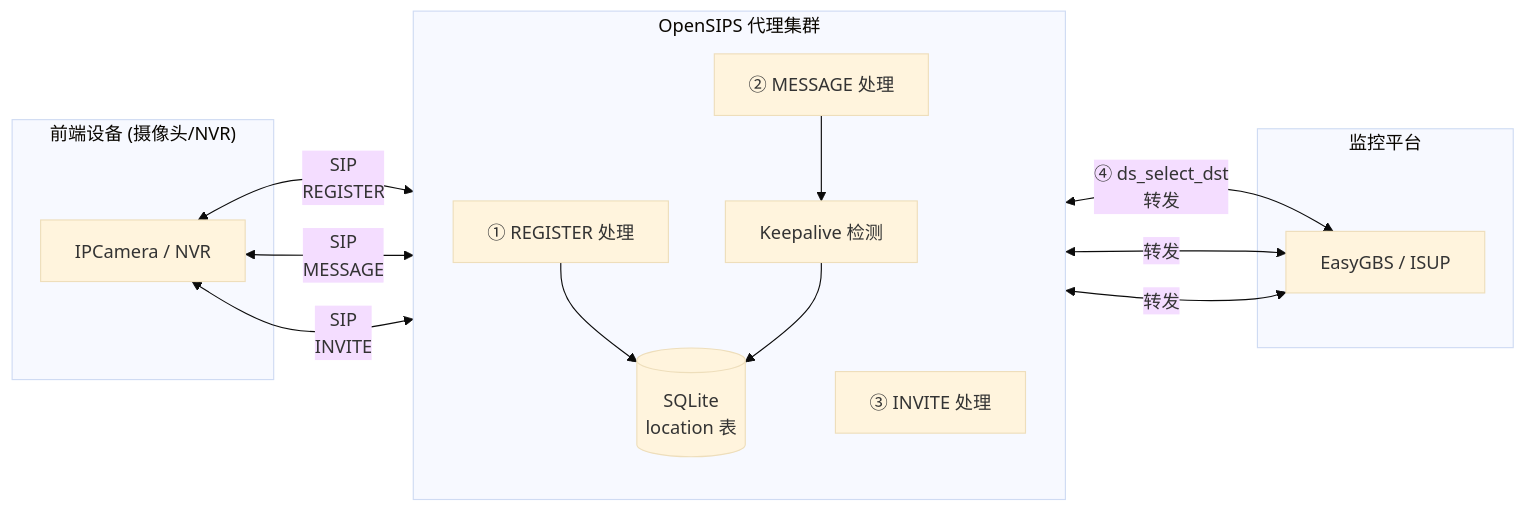
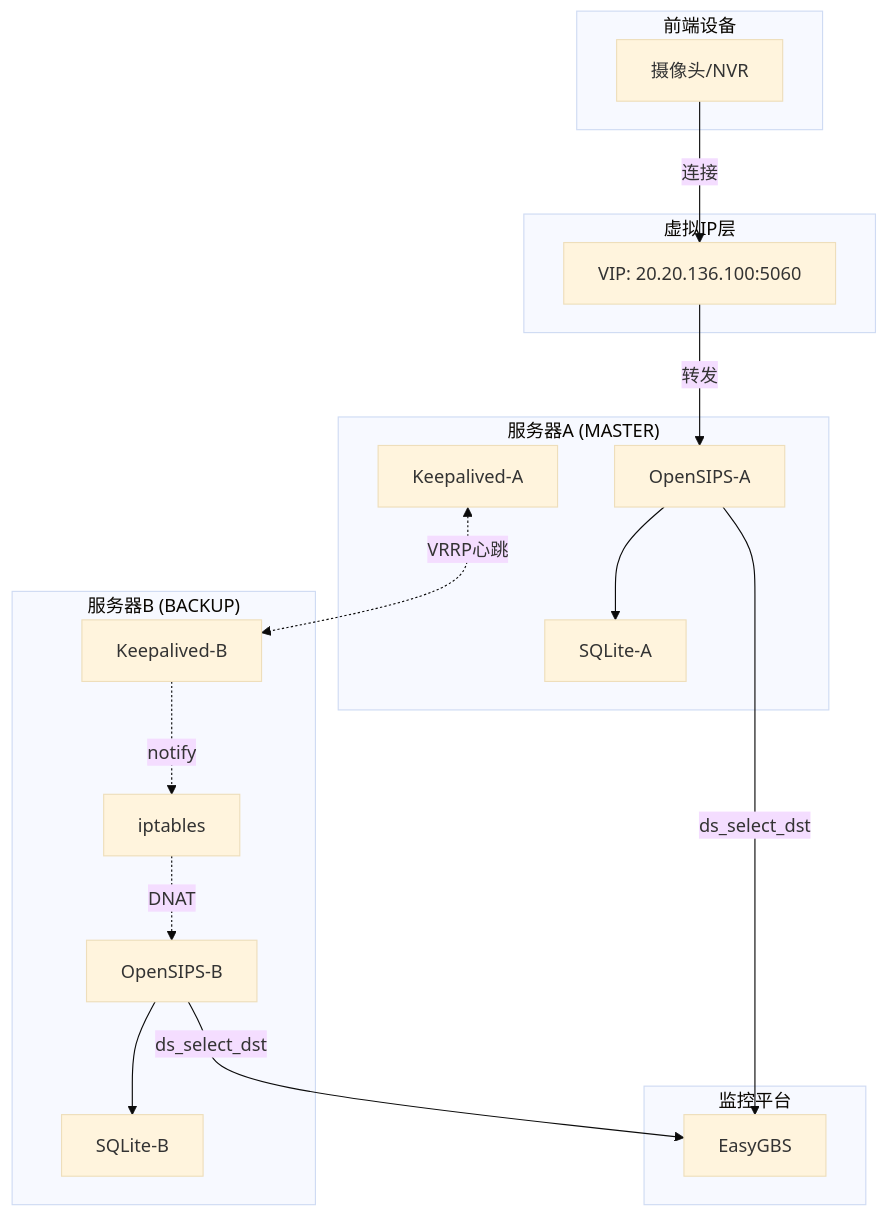
The first of 20 diagrams in docs/opensips_gb28181_proxy.md (zf2zf/opensips), drawn with Mermaid (base theme) before and after one commit. The commit also changed other lines of this file, not shown here.

First line of the commit message:
docs: 优化架构图和常见问题，完善主备切换流程

````diff
--- a/docs/opensips_gb28181_proxy.md
+++ b/docs/opensips_gb28181_proxy.md
@@ -25,31 +25,37 @@
 ```mermaid
-flowchart LR
-    subgraph Devices["前端设备 (摄像头/NVR)"]
-        IPC["IPCamera / NVR"]
+flowchart TB
+    subgraph dev["前端设备"]
+        IPC["摄像头/NVR"]
     end
 
-    subgraph OpenSIPS["OpenSIPS 代理集群"]
-        direction TB
-        REGISTER["① REGISTER 处理"]
-        MESSAGE["② MESSAGE 处理"]
-        INVITE["③ INVITE 处理"]
-        KEEPALIVE["Keepalive 检测"]
-        DATABASE[("SQLite<br/>location 表")]
-        
-        REGISTER --> DATABASE
-        MESSAGE --> KEEPALIVE
-        KEEPALIVE --> DATABASE
+    subgraph vipLayer["虚拟IP层"]
+        VADDR["VIP: 20.20.136.100:5060"]
     end
 
-    subgraph Platform["监控平台"]
-        EasyGBS["EasyGBS / ISUP"]
+    subgraph srvA["服务器A (MASTER)"]
+        KPA["Keepalived-A"]
+        OPA["OpenSIPS-A"]
+        DBA["SQLite-A"]
     end
 
-    IPC <-->|"SIP<br/>REGISTER"| REGISTER
-    IPC <-->|"SIP<br/>MESSAGE"| MESSAGE
-    IPC <-->|"SIP<br/>INVITE"| INVITE
+    subgraph srvB["服务器B (BACKUP)"]
+        KPB["Keepalived-B"]
+        OPB["OpenSIPS-B"]
+        DBB["SQLite-B"]
+        IPT["iptables"]
+    end
 
-    REGISTER <-->|"④ ds_select_dst<br/>转发"| EasyGBS
-    MESSAGE <-->|"转发"| EasyGBS
-    INVITE <-->|"转发"| EasyGBS
+    subgraph platform["监控平台"]
+        GB["EasyGBS"]
+    end
+
+    IPC -->|"连接"| VADDR
+    VADDR -->|"转发"| OPA
+    KPA <-.->|"VRRP心跳"| KPB
+    KPB -.->|"notify"| IPT
+    IPT -.->|"DNAT"| OPB
+    OPA --> DBA
+    OPB --> DBB
+    OPA -->|"ds_select_dst"| GB
+    OPB -->|"ds_select_dst"| GB
 ```
````
